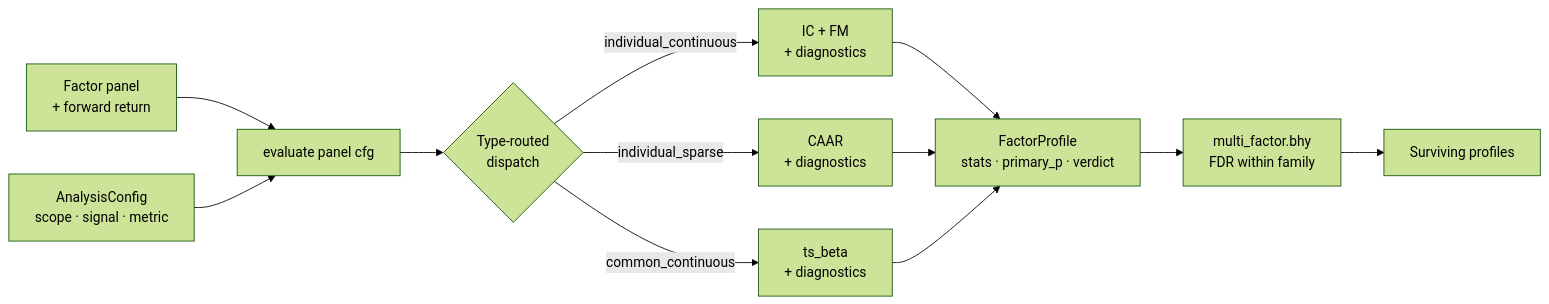
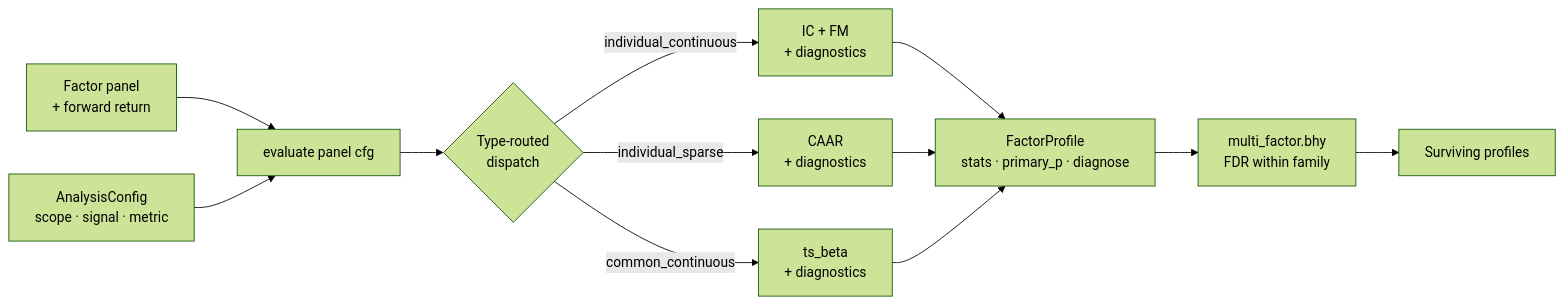
Before and after one commit to awwesomeman/factrix: the second of 3 diagrams in docs/where-factrix-fits.md, drawn with Mermaid (forest theme). The commit also changed other lines of this file and 36 other files, not shown here.

First line of the commit message:
refactor!: remove FactorProfile.verdict() (#243)

````diff
--- a/docs/where-factrix-fits.md
+++ b/docs/where-factrix-fits.md
@@ -70,14 +70,14 @@
 ```mermaid
 flowchart LR
     PANEL[Factor panel<br/>+ forward return] --> EVAL[evaluate panel cfg]
     CFG[AnalysisConfig<br/>scope · signal · metric] --> EVAL
     EVAL --> DISP{Type-routed<br/>dispatch}
     DISP -->|individual_continuous| CS[IC + FM<br/>+ diagnostics]
     DISP -->|individual_sparse| EV[CAAR<br/>+ diagnostics]
     DISP -->|common_continuous| CO[ts_beta<br/>+ diagnostics]
-    CS --> PROF[FactorProfile<br/>stats · primary_p · verdict]
+    CS --> PROF[FactorProfile<br/>stats · primary_p · diagnose]
     EV --> PROF
     CO --> PROF
     PROF --> BHY[multi_factor.bhy<br/>FDR within family]
     BHY --> SURV[Surviving profiles]
 ```
````
